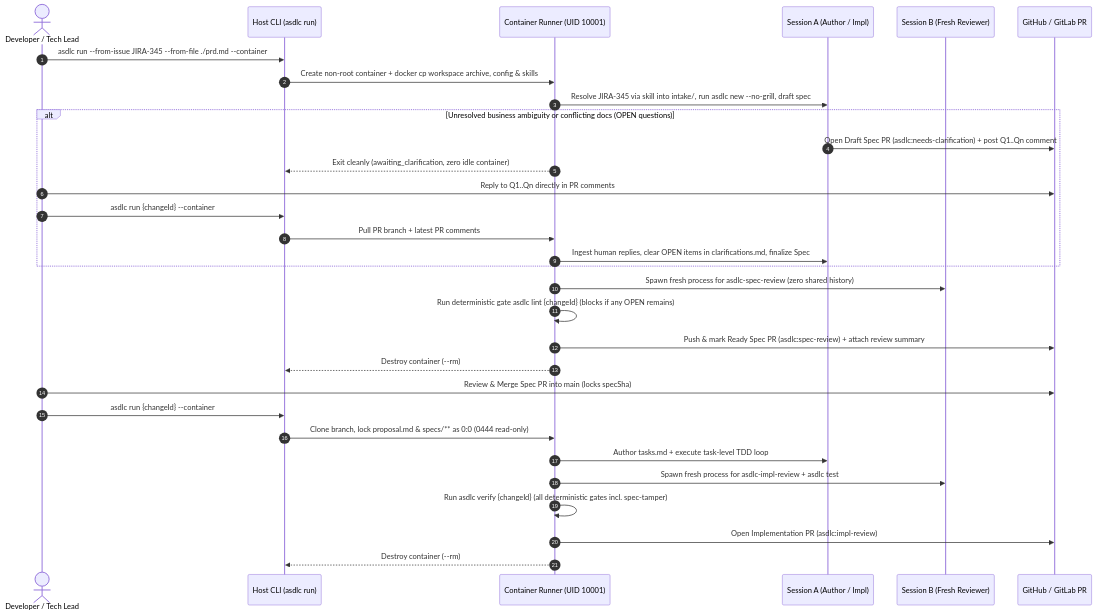
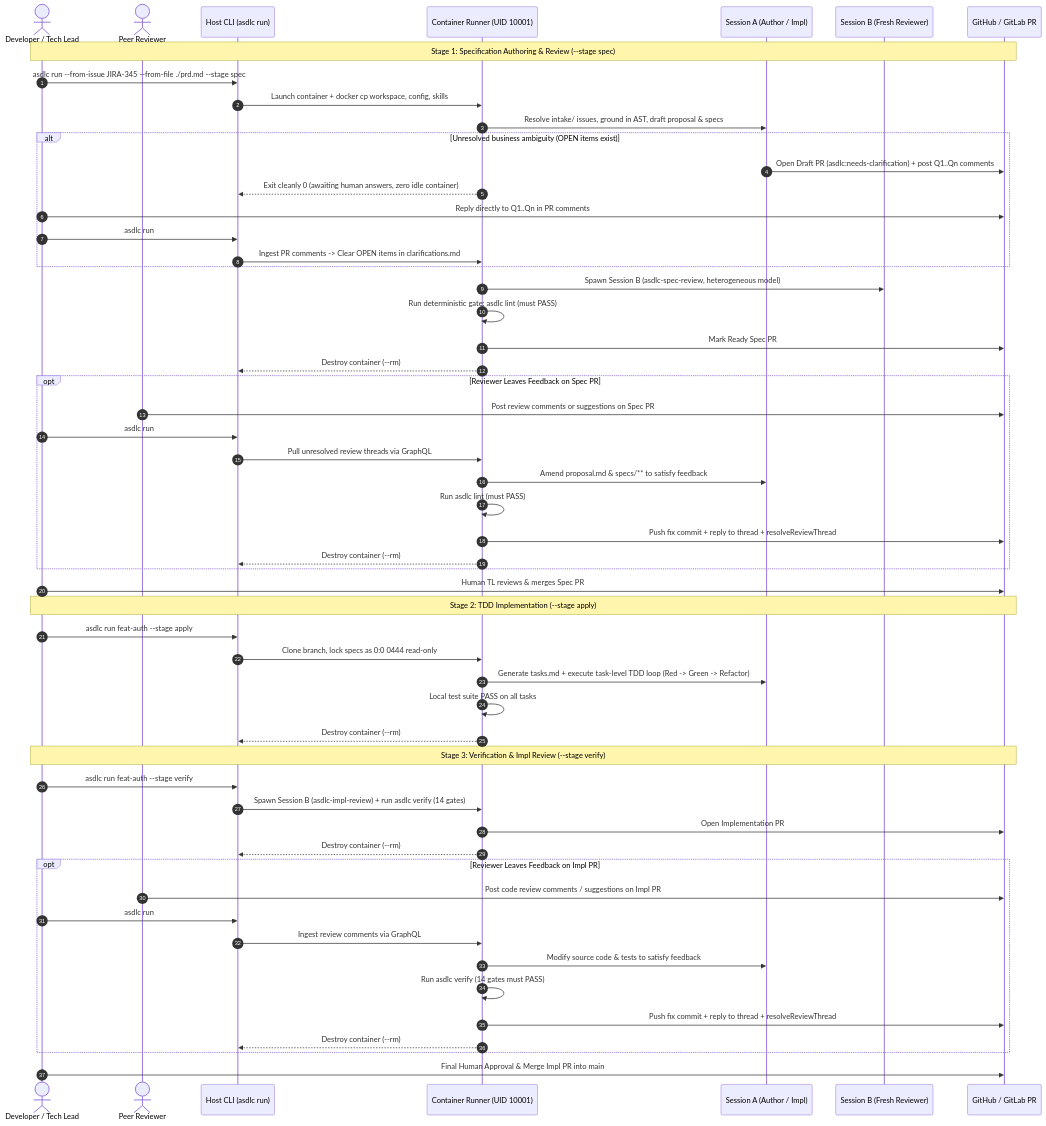
Before and after one commit to akjamie/agentic-sdlc: the second of 9 diagrams in docs/autonomous-pipeline.md, drawn with Mermaid. The commit also changed other lines of this file, not shown here.

Commit message:
docs: update sequence diagrams in Section 2.2 with 3+1 stages and review fix loops

````diff
--- a/docs/autonomous-pipeline.md
+++ b/docs/autonomous-pipeline.md
@@ -137,35 +137,64 @@
 ```mermaid
 sequenceDiagram
   autonumber
   actor Dev as Developer / Tech Lead
+  actor Rev as Peer Reviewer
   participant Host as Host CLI (asdlc run)
   participant Runner as Container Runner (UID 10001)
   participant AgentA as Session A (Author / Impl)
   participant AgentR as Session B (Fresh Reviewer)
   participant GitPR as GitHub / GitLab PR
 
-  Dev->>Host: asdlc run --from-issue JIRA-345 --from-file ./prd.md --container
-  Host->>Runner: Create non-root container + docker cp workspace archive, config & skills
-  Runner->>AgentA: Resolve JIRA-345 via skill into intake/, run asdlc new --no-grill, draft spec
-  alt Unresolved business ambiguity or conflicting docs (OPEN questions)
-    AgentA->>GitPR: Open Draft Spec PR (asdlc:needs-clarification) + post Q1..Qn comment
-    Runner-->>Host: Exit cleanly (awaiting_clarification, zero idle container)
-    Dev->>GitPR: Reply to Q1..Qn directly in PR comments
-    Dev->>Host: asdlc run {changeId} --container
-    Host->>Runner: Pull PR branch + latest PR comments
-    Runner->>AgentA: Ingest human replies, clear OPEN items in clarifications.md, finalize Spec
+  Note over Dev,GitPR: Stage 1: Specification Authoring & Review (--stage spec)
+  Dev->>Host: asdlc run --from-issue JIRA-345 --from-file ./prd.md --stage spec
+  Host->>Runner: Launch container + docker cp workspace, config, skills
+  Runner->>AgentA: Resolve intake/ issues, ground in AST, draft proposal & specs
+  alt Unresolved business ambiguity (OPEN items exist)
+    AgentA->>GitPR: Open Draft PR (asdlc:needs-clarification) + post Q1..Qn comments
+    Runner-->>Host: Exit cleanly 0 (awaiting human answers, zero idle container)
+    Dev->>GitPR: Reply directly to Q1..Qn in PR comments
+    Dev->>Host: asdlc run #34 --stage spec
+    Host->>Runner: Ingest PR comments -> Clear OPEN items in clarifications.md
   end
-  Runner->>AgentR: Spawn fresh process for asdlc-spec-review (zero shared history)
-  Runner->>Runner: Run deterministic gate asdlc lint {changeId} (blocks if any OPEN remains)
-  Runner->>GitPR: Push & mark Ready Spec PR (asdlc:spec-review) + attach review summary
+  Runner->>AgentR: Spawn Session B (asdlc-spec-review, heterogeneous model)
+  Runner->>Runner: Run deterministic gate: asdlc lint (must PASS)
+  Runner->>GitPR: Mark Ready Spec PR #34 (asdlc:spec-review) + attach review verdict
   Runner-->>Host: Destroy container (--rm)
 
-  Dev->>GitPR: Review & Merge Spec PR into main (locks specSha)
-  Dev->>Host: asdlc run {changeId} --container
-  Host->>Runner: Clone branch, lock proposal.md & specs/** as 0:0 (0444 read-only)
-  Runner->>AgentA: Author tasks.md + execute task-level TDD loop
-  Runner->>AgentR: Spawn fresh process for asdlc-impl-review + asdlc test
-  Runner->>Runner: Run asdlc verify {changeId} (all deterministic gates incl. spec-tamper)
-  Runner->>GitPR: Open Implementation PR (asdlc:impl-review)
+  opt Reviewer Leaves Feedback on Spec PR #34 (--stage fix)
+    Rev->>GitPR: Post review comments or suggestions on Spec PR #34
+    Dev->>Host: asdlc run #34 --stage fix
+    Host->>Runner: Pull unresolved review threads via GraphQL
+    Runner->>AgentA: Amend proposal.md & specs/** to satisfy feedback
+    Runner->>Runner: Run asdlc lint (must PASS)
+    Runner->>GitPR: Push fix commit + reply to thread + resolveReviewThread
+    Runner-->>Host: Destroy container (--rm)
+  end
+
+  Dev->>GitPR: Human TL reviews & merges Spec PR #34 into main (locks specSha)
+
+  Note over Dev,GitPR: Stage 2: TDD Implementation (--stage apply)
+  Dev->>Host: asdlc run feat-auth --stage apply
+  Host->>Runner: Clone branch, lock specs as 0:0 0444 read-only
+  Runner->>AgentA: Generate tasks.md + execute task-level TDD loop (Red -> Green -> Refactor)
+  Runner->>Runner: Local test suite PASS on all tasks
   Runner-->>Host: Destroy container (--rm)
+
+  Note over Dev,GitPR: Stage 3: Verification & Impl Review (--stage verify)
+  Dev->>Host: asdlc run feat-auth --stage verify
+  Host->>Runner: Spawn Session B (asdlc-impl-review) + run asdlc verify (14 gates)
+  Runner->>GitPR: Open Implementation PR #42 (asdlc:impl-review) + attach evidence
+  Runner-->>Host: Destroy container (--rm)
+
+  opt Reviewer Leaves Feedback on Impl PR #42 (--stage fix)
+    Rev->>GitPR: Post code review comments / suggestions on Impl PR #42
+    Dev->>Host: asdlc run #42 --stage fix
+    Host->>Runner: Ingest review comments via GraphQL
+    Runner->>AgentA: Modify source code & tests to satisfy feedback
+    Runner->>Runner: Run asdlc verify (14 gates must PASS)
+    Runner->>GitPR: Push fix commit + reply to thread + resolveReviewThread
+    Runner-->>Host: Destroy container (--rm)
+  end
+
+  Dev->>GitPR: Final Human Approval & Merge Impl PR into main
 ```
````
